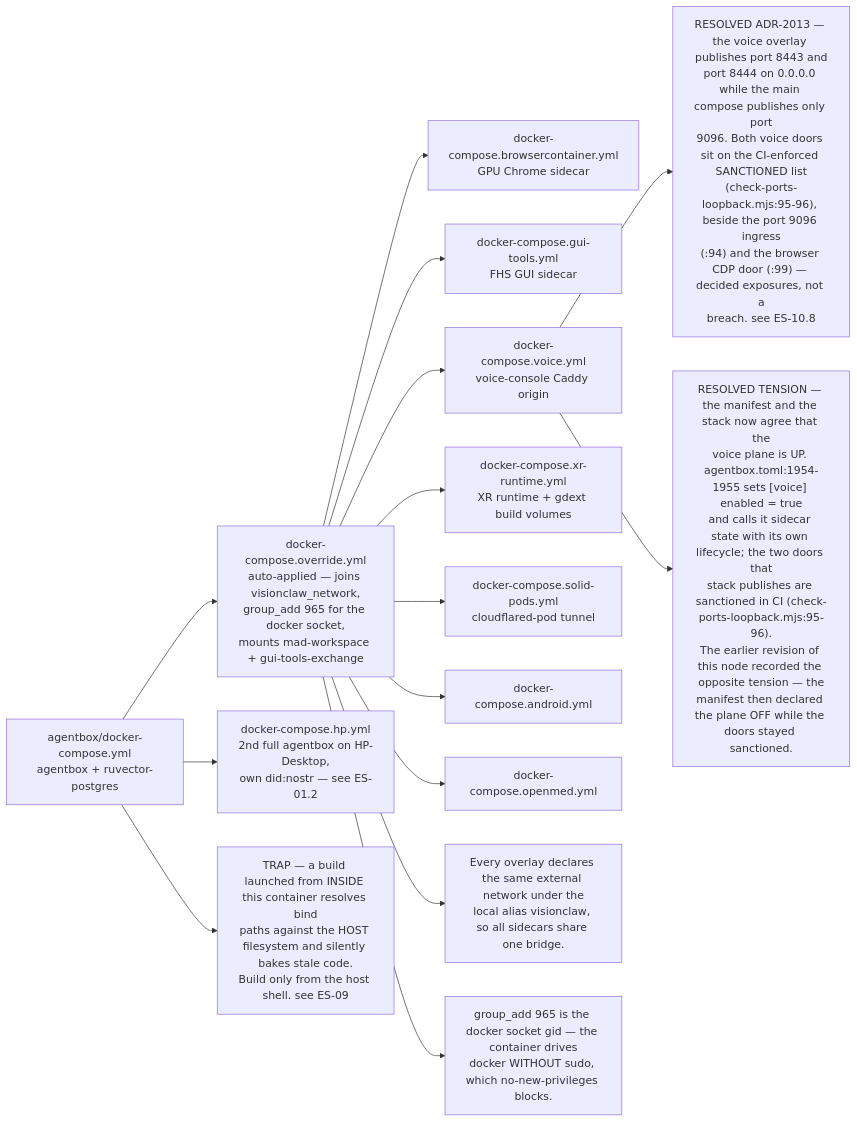
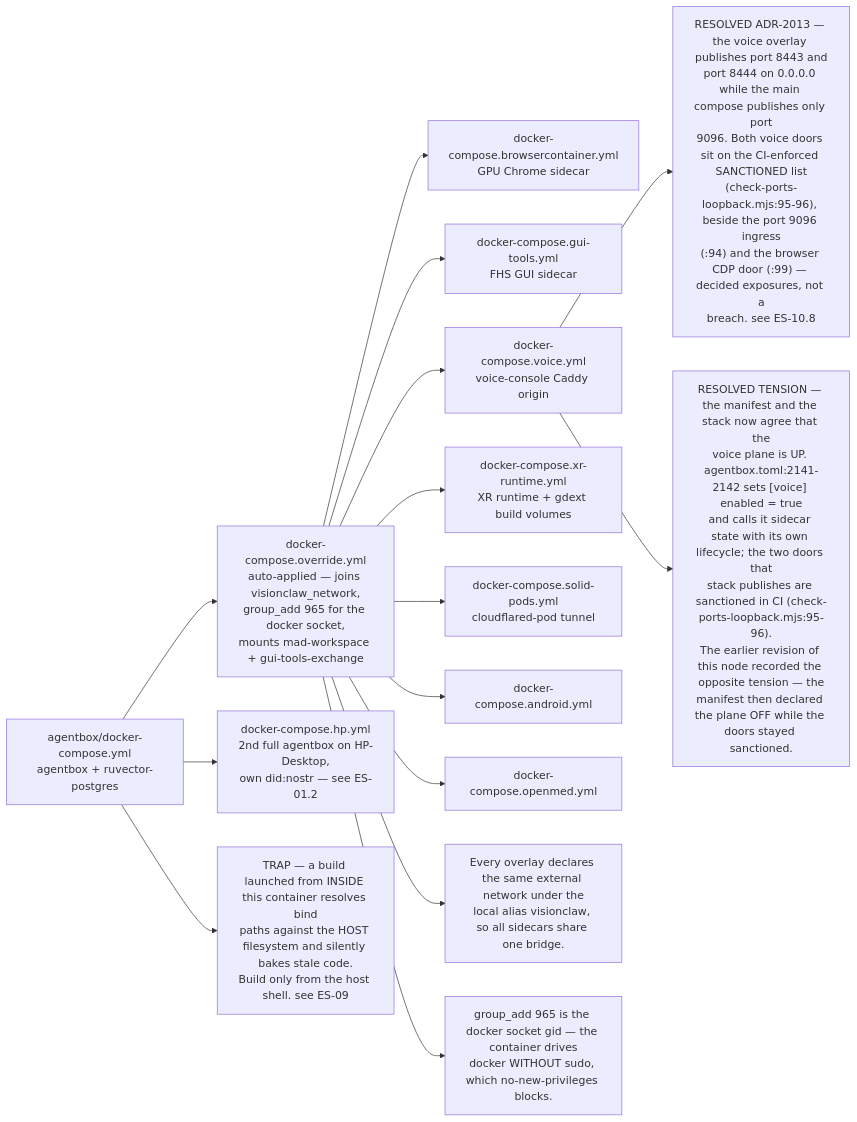
One commit to DreamLab-AI/VisionFlow changed the fifth of 8 diagrams in docs/diagrams/estate/01-estate-topology.md. Above: the diagram before and after it, drawn with Mermaid. The commit also changed other lines of this file and 80 other files, not shown here.

First line of the commit message:
docs(diagrams): re-verify the agentbox, dreamlab, estate and visionflow corpus against current sources

````diff
--- a/docs/diagrams/estate/01-estate-topology.md
+++ b/docs/diagrams/estate/01-estate-topology.md
@@ -205,35 +205,35 @@
 ```mermaid
 flowchart LR
     BASE["agentbox/docker-compose.yml<br/>agentbox + ruvector-postgres"]
     OV["docker-compose.override.yml<br/>auto-applied — joins visionclaw_network,<br/>group_add 965 for the docker socket,<br/>mounts mad-workspace + gui-tools-exchange"]
     HP["docker-compose.hp.yml<br/>2nd full agentbox on HP-Desktop,<br/>own did:nostr — see ES-01.2"]
     BCF["docker-compose.browsercontainer.yml<br/>GPU Chrome sidecar"]
     GTF["docker-compose.gui-tools.yml<br/>FHS GUI sidecar"]
     VF["docker-compose.voice.yml<br/>voice-console Caddy origin"]
     XF["docker-compose.xr-runtime.yml<br/>XR runtime + gdext build volumes"]
     SPF["docker-compose.solid-pods.yml<br/>cloudflared-pod tunnel"]
     ANF["docker-compose.android.yml"]
     OMF["docker-compose.openmed.yml"]
 
     BASE --> OV
     OV --> BCF
     OV --> GTF
     OV --> VF
     OV --> XF
     OV --> SPF
     OV --> ANF
     OV --> OMF
     BASE --> HP
 
     N1["Every overlay declares the same external network under the<br/>local alias visionclaw, so all sidecars share one bridge."]
     N2["group_add 965 is the docker socket gid — the container drives<br/>docker WITHOUT sudo, which no-new-privileges blocks."]
     D1["RESOLVED ADR-2013 — the voice overlay publishes port 8443 and<br/>port 8444 on 0.0.0.0 while the main compose publishes only port<br/>9096. Both voice doors sit on the CI-enforced SANCTIONED list<br/>(check-ports-loopback.mjs:95-96), beside the port 9096 ingress<br/>(:94) and the browser CDP door (:99) — decided exposures, not a<br/>breach. see ES-10.8"]
-    D3["RESOLVED TENSION — the manifest and the stack now agree that the<br/>voice plane is UP. agentbox.toml:1954-1955 sets [voice] enabled = true<br/>and calls it sidecar state with its own lifecycle; the two doors that<br/>stack publishes are sanctioned in CI (check-ports-loopback.mjs:95-96).<br/>The earlier revision of this node recorded the opposite tension — the<br/>manifest then declared the plane OFF while the doors stayed sanctioned."]
+    D3["RESOLVED TENSION — the manifest and the stack now agree that the<br/>voice plane is UP. agentbox.toml:2141-2142 sets [voice] enabled = true<br/>and calls it sidecar state with its own lifecycle; the two doors that<br/>stack publishes are sanctioned in CI (check-ports-loopback.mjs:95-96).<br/>The earlier revision of this node recorded the opposite tension — the<br/>manifest then declared the plane OFF while the doors stayed sanctioned."]
     D2["TRAP — a build launched from INSIDE this container resolves bind<br/>paths against the HOST filesystem and silently bakes stale code.<br/>Build only from the host shell. see ES-09"]
 
     OV --> N1
     OV --> N2
     VF --> D1
     VF --> D3
     BASE --> D2
 ```
````
